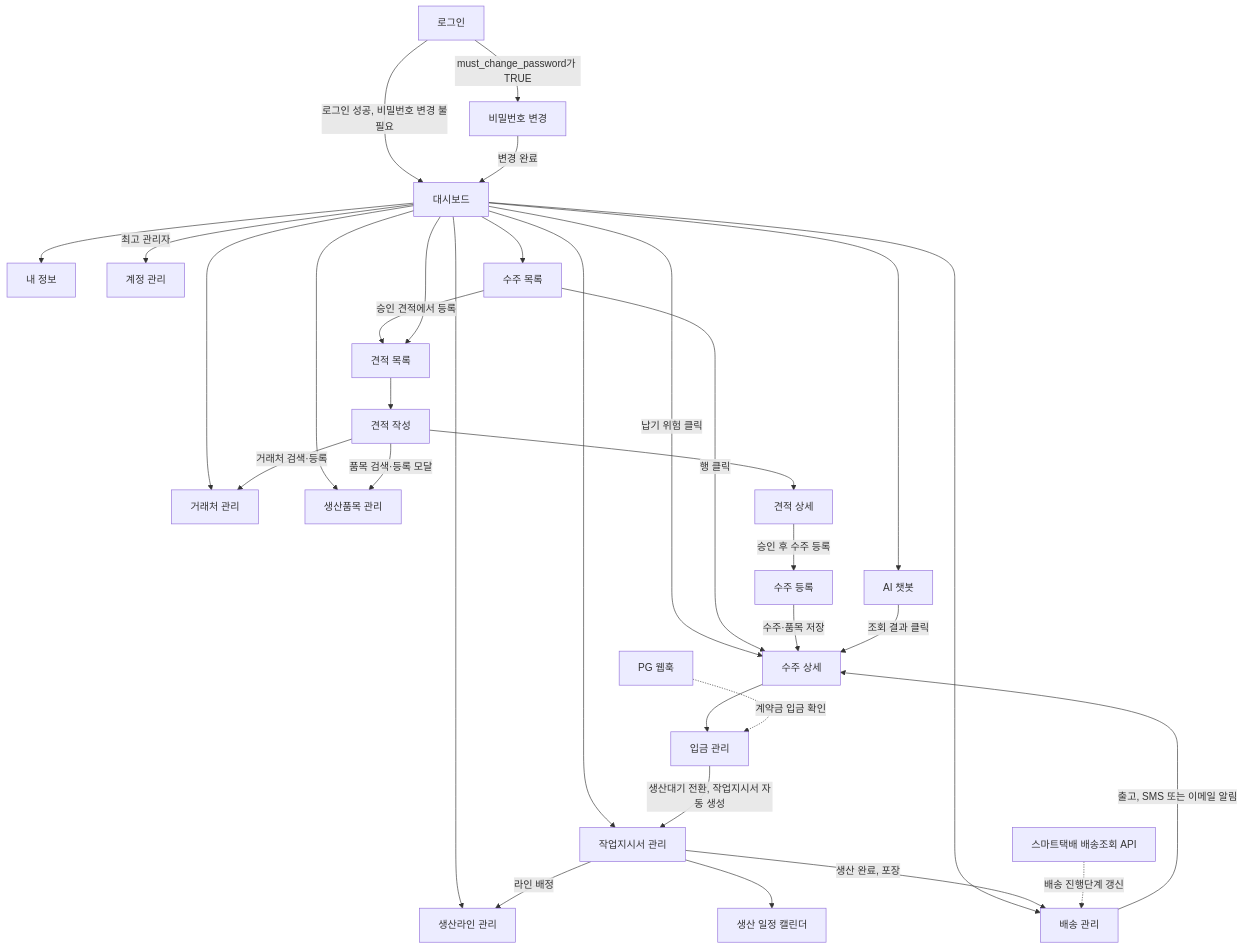
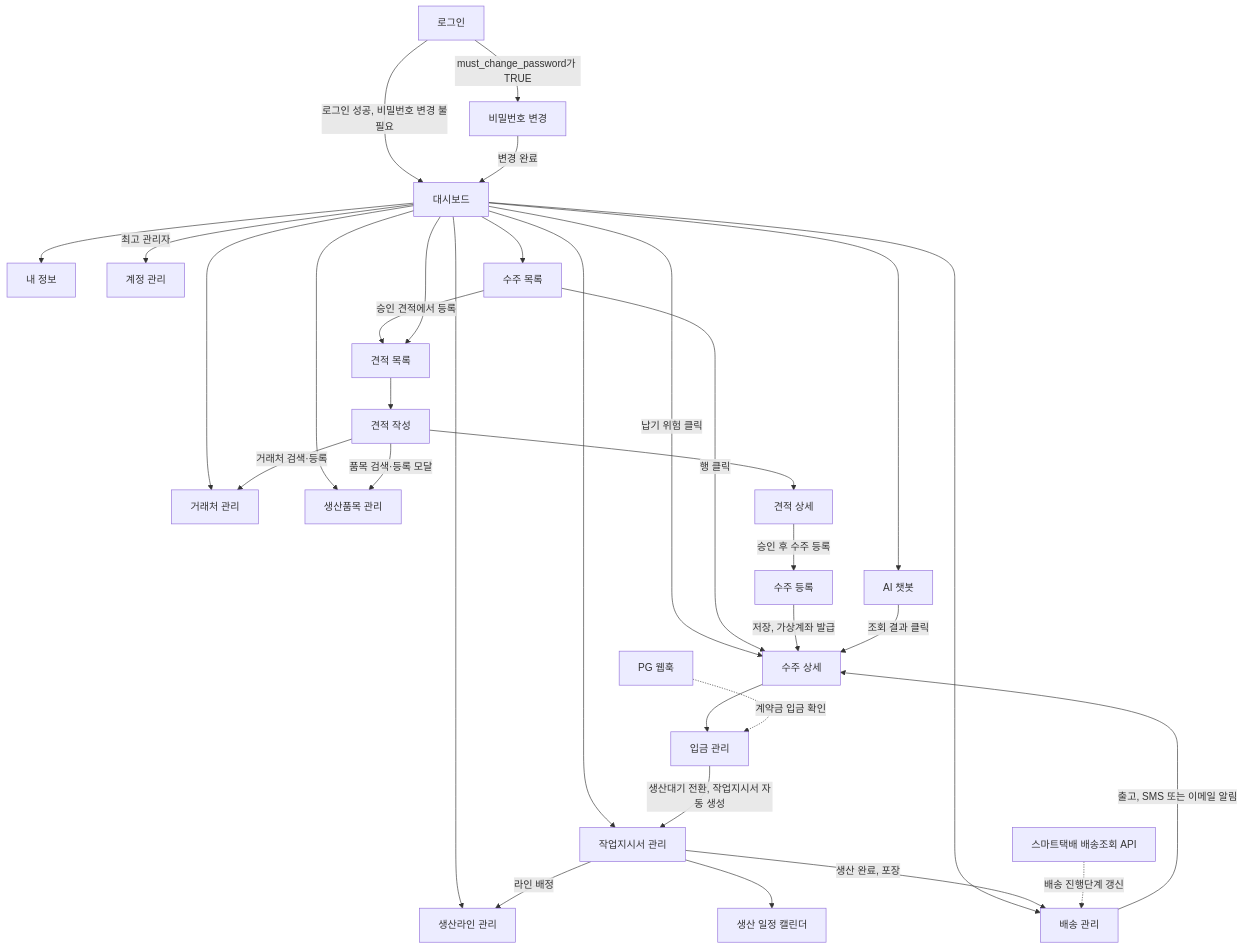
Before and after one commit to likelion-backend-25th/PRODFLOW: the diagram in docs/02_design/03_ui_wireframe.md, drawn with Mermaid. The commit also changed other lines of this file and 66 other files, not shown here.

````diff
--- a/docs/02_design/03_ui_wireframe.md
+++ b/docs/02_design/03_ui_wireframe.md
@@ -848,57 +992,51 @@
 ```mermaid
 flowchart TD
     Login["로그인"]
     Dashboard["대시보드"]
     Me["내 정보"]
     Users["계정 관리"]
     Clients["거래처 관리"]
     Products["생산품목 관리"]
     Orders["수주 목록"]
     OrderNew["수주 등록"]
     OrderDetail["수주 상세"]
     Payments["입금 관리"]
     WorkOrders["작업지시서 관리"]
     Lines["생산라인 관리"]
     Calendar["생산 일정 캘린더"]
     Shipments["배송 관리"]
     AiChat["AI 챗봇"]
     PG["PG 웹훅"]
     Tracker["스마트택배 배송조회 API"]
-
     Login -->|로그인 성공, 비밀번호 변경 불필요| Dashboard
     Login -->|must_change_password가 TRUE| ChangePassword["비밀번호 변경"]
     ChangePassword -->|변경 완료| Dashboard
     Dashboard --> Me
     Dashboard -->|최고 관리자| Users
     Dashboard --> Clients
     Dashboard --> Products
     Dashboard --> Orders
     Dashboard --> WorkOrders
     Dashboard --> Lines
     Dashboard --> Shipments
     Dashboard --> AiChat
     Dashboard -->|납기 위험 클릭| OrderDetail
-
     Orders -->|승인 견적에서 등록| Quotations
     Orders -->|행 클릭| OrderDetail
     Dashboard --> Quotations["견적 목록"]
     Quotations --> QuotationNew["견적 작성"]
     QuotationNew -->|거래처 검색·등록| Clients
     QuotationNew -->|품목 검색·등록 모달| Products
     QuotationNew --> QuotationDetail["견적 상세"]
     QuotationDetail -->|승인 후 수주 등록| OrderNew
-    OrderNew -->|수주·품목 저장| OrderDetail
-
+    OrderNew -->|저장, 가상계좌 발급| OrderDetail
     OrderDetail --> Payments
     PG -.->|계약금 입금 확인| Payments
     Payments -->|생산대기 전환, 작업지시서 자동 생성| WorkOrders
-
     WorkOrders -->|라인 배정| Lines
     WorkOrders --> Calendar
     WorkOrders -->|생산 완료, 포장| Shipments
-
     Shipments -->|출고, SMS 또는 이메일 알림| OrderDetail
     Tracker -.->|배송 진행단계 갱신| Shipments
-
     AiChat -->|조회 결과 클릭| OrderDetail
 ```
````
